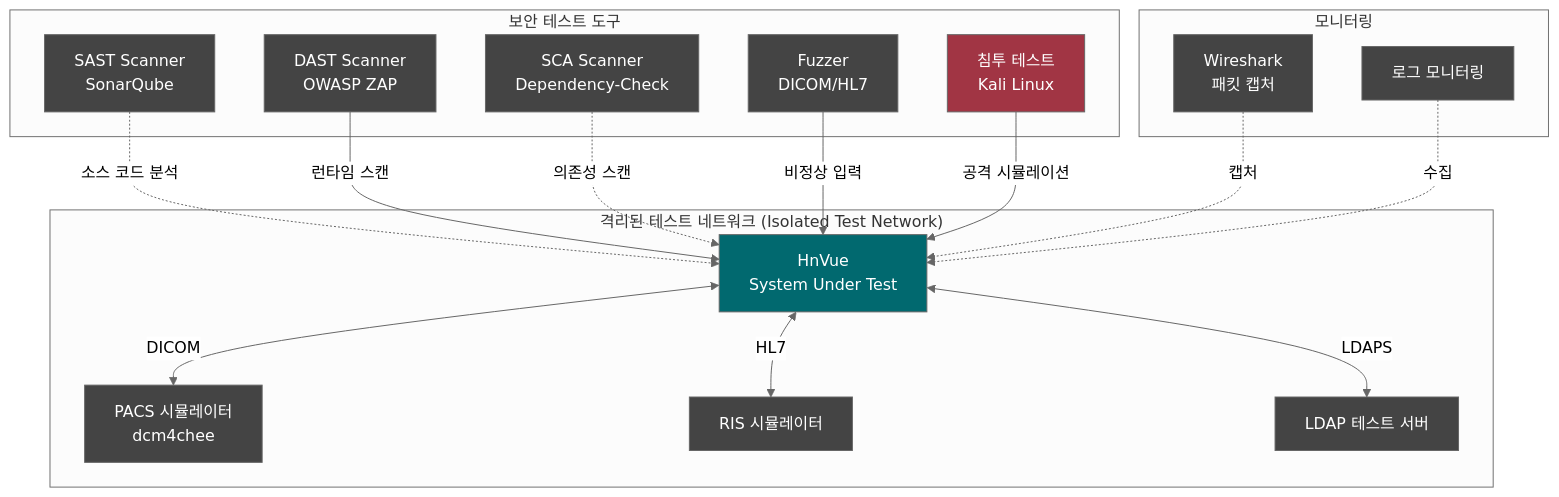
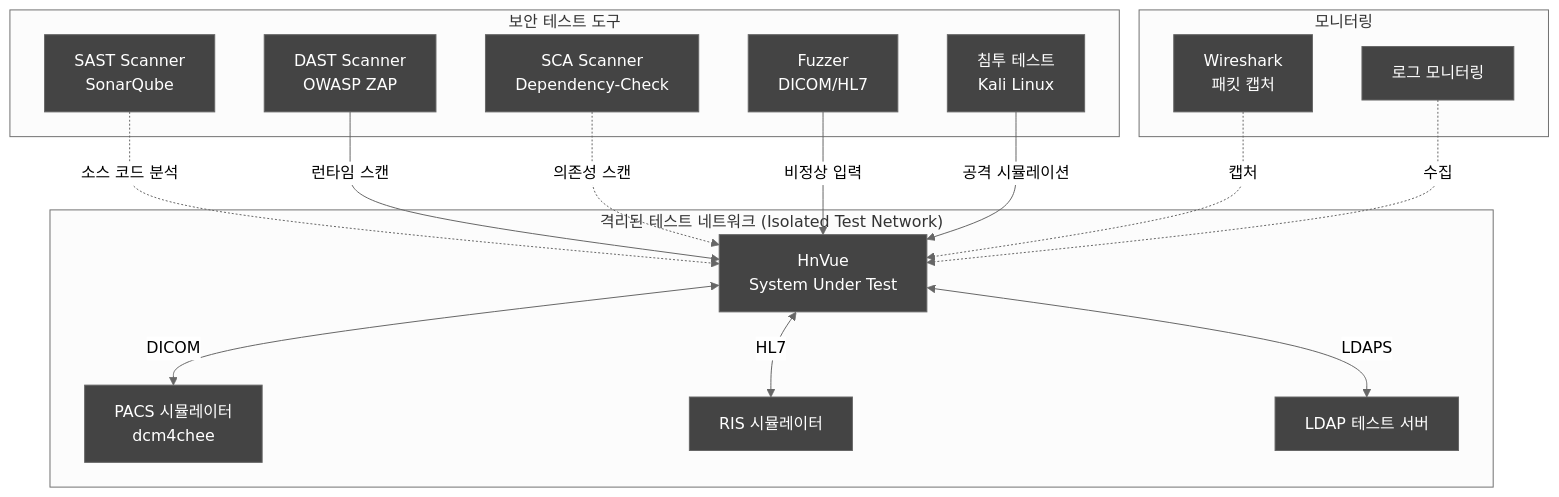
The third of 5 diagrams in docs/testing/DOC-018_CyberTestPlan_v1.0.md (holee9/console-gui), drawn with Mermaid (neutral theme) before and after one commit. The commit also changed other lines of this file and 35 other files, not shown here.

First line of the commit message:
fix: 전체 Mermaid 차트 색상 진한 회색 통일

````diff
--- a/docs/testing/DOC-018_CyberTestPlan_v1.0.md
+++ b/docs/testing/DOC-018_CyberTestPlan_v1.0.md
@@ -281,35 +281,35 @@
 ```mermaid
 graph TB
     classDef default fill:#444,stroke:#666,color:#fff
     subgraph "격리된 테스트 네트워크 (Isolated Test Network)"
         SUT[HnVue<br/>System Under Test]
         PACS_T[PACS 시뮬레이터<br/>dcm4chee]
         RIS_T[RIS 시뮬레이터]
         LDAP_T[LDAP 테스트 서버]
     end
     subgraph "보안 테스트 도구"
         SAST_T[SAST Scanner<br/>SonarQube]
         DAST_T[DAST Scanner<br/>OWASP ZAP]
         SCA_T[SCA Scanner<br/>Dependency-Check]
         FUZZ[Fuzzer<br/>DICOM/HL7]
         PEN[침투 테스트<br/>Kali Linux]
     end
     subgraph "모니터링"
         WIRE[Wireshark<br/>패킷 캡처]
         LOG_M[로그 모니터링]
     end
     
     SAST_T -.->|소스 코드 분석| SUT
     DAST_T -->|런타임 스캔| SUT
     SCA_T -.->|의존성 스캔| SUT
     FUZZ -->|비정상 입력| SUT
     PEN -->|공격 시뮬레이션| SUT
     SUT <-->|DICOM| PACS_T
     SUT <-->|HL7| RIS_T
     SUT <-->|LDAPS| LDAP_T
     WIRE -.->|캡처| SUT
     LOG_M -.->|수집| SUT
     
-    style SUT fill:#01696F,color:#fff
-    style PEN fill:#A13544,color:#fff
+    style SUT fill:#444,color:#fff
+    style PEN fill:#444,color:#fff
 ```
````
